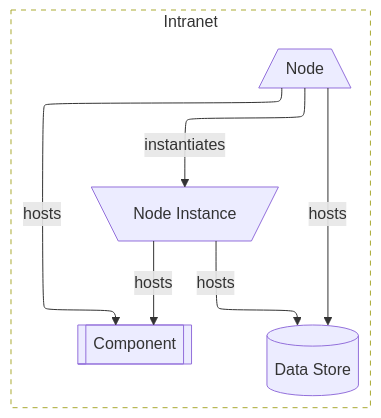
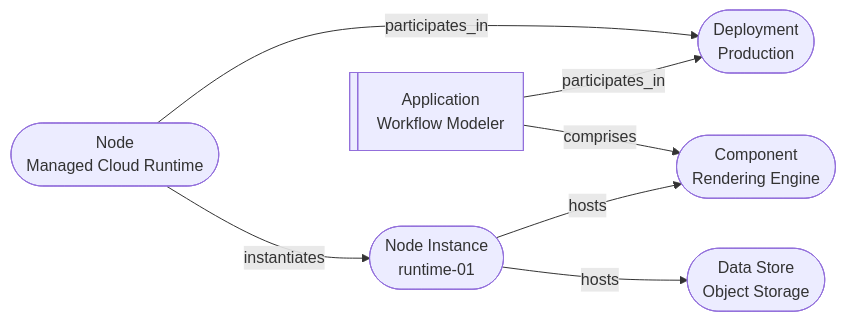
Before and after one commit to JEleniel/aurora: the fifth of 7 diagrams in .github/instructions/Aurora.instructions.md, drawn with Mermaid. The commit also changed other lines of this file and 337 other files, not shown here.

````diff
--- a/.github/instructions/Aurora.instructions.md
+++ b/.github/instructions/Aurora.instructions.md
@@ -334,23 +598,16 @@
 ```mermaid
----
-config:
-  layout: elk
----
-%%{init: {'themeVariables': { 'clusterBkg': 'transparent' }}}%%
-graph
-	subgraph Intranet
-		component[[Component]]
-		data_store[(Data Store)]
-		node[/Node\]
-		node_instance[\Node Instance/]
-	end
+graph LR
+	deployment(["`Deployment<br />Production`"])
+	node(["`Node<br />Managed Cloud Runtime`"])
+	node_instance(["`Node Instance<br />runtime-01`"])
+	application["`Application<br />Workflow Modeler`"]@{shape: lin-rect}
+	component(["`Component<br />Rendering Engine`"])
+	data_store(["`Data Store<br />Object Storage`"])
 
+	application -- participates_in --> deployment
+	node -- participates_in --> deployment
 	node -- instantiates --> node_instance
-	node -- hosts --> component
+	application -- comprises --> component
 	node_instance -- hosts --> component
-	node -- hosts --> data_store
 	node_instance -- hosts --> data_store
-
-classDef dashed stroke-dasharray:5 5;
-class Intranet dashed
 ```
````
